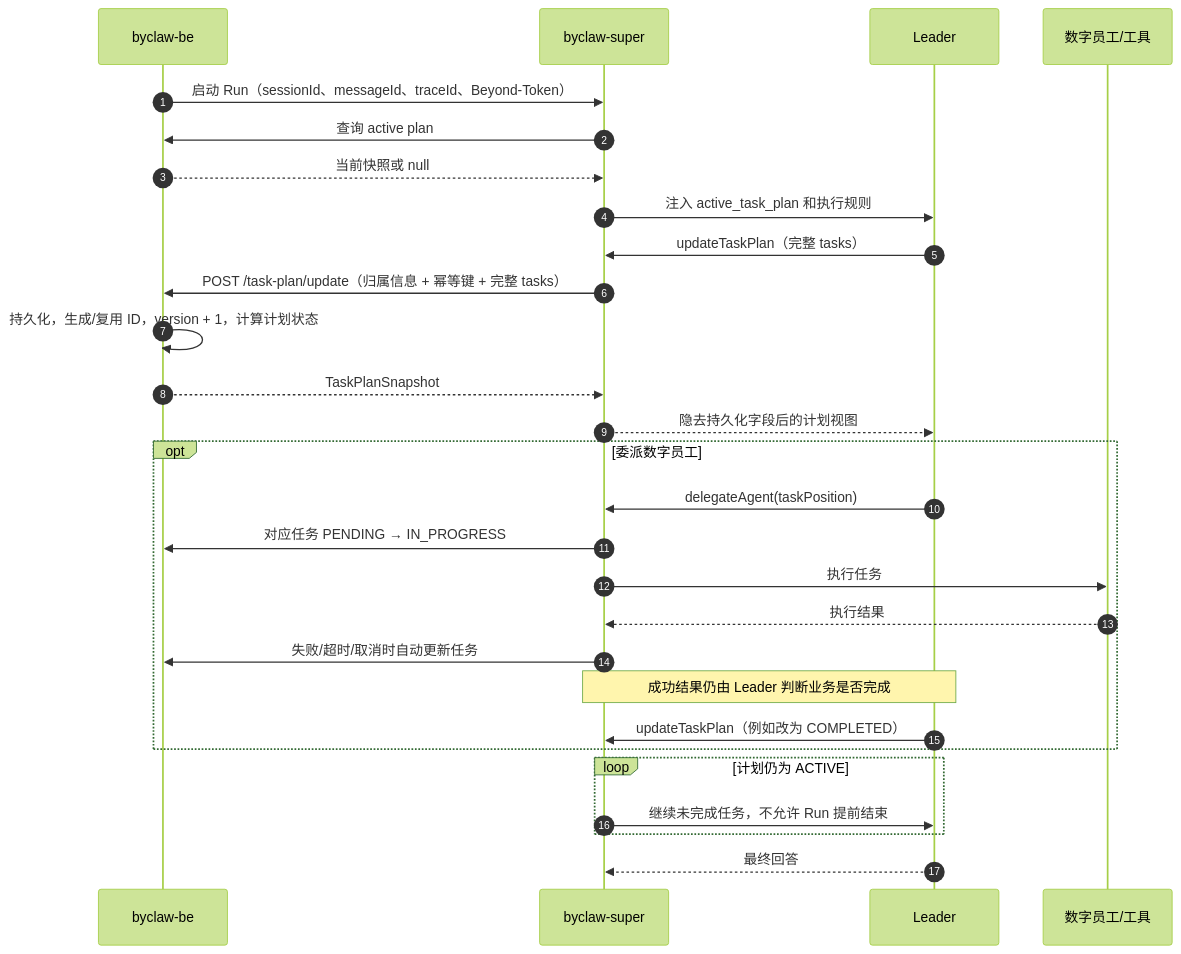
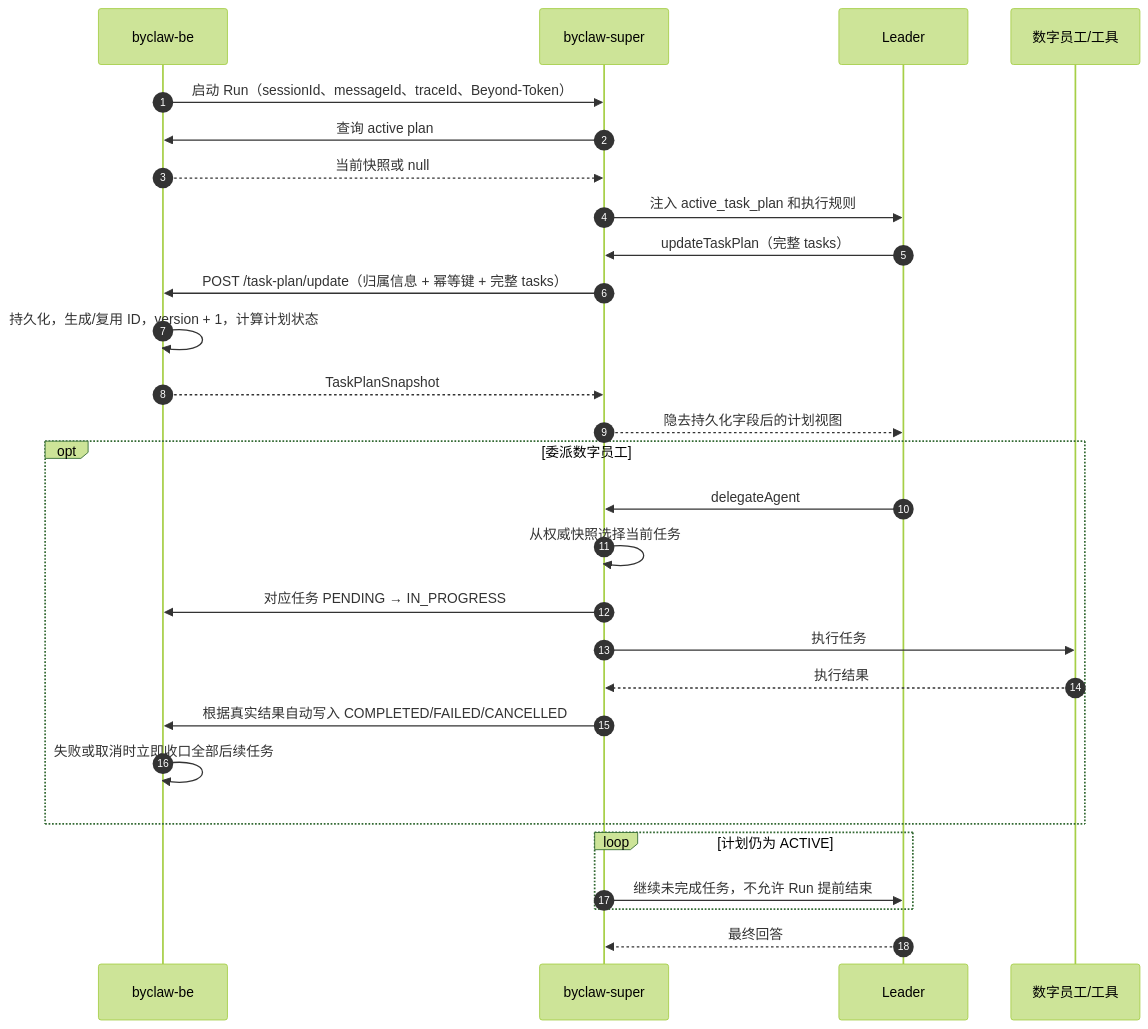
The first of 4 diagrams in byclaw-super/docs/update-task-plan-mechanism-summary.md (beyonai/ByClaw), drawn with Mermaid (forest theme) before and after one commit. The commit also changed other lines of this file and 13 other files, not shown here.

Commit message:
fix(task-plan): enforce fail-fast task transitions

````diff
--- a/byclaw-super/docs/update-task-plan-mechanism-summary.md
+++ b/byclaw-super/docs/update-task-plan-mechanism-summary.md
@@ -100,35 +101,35 @@
 ```mermaid
 sequenceDiagram
     autonumber
     participant BE as byclaw-be
     participant SUPER as byclaw-super
     participant L as Leader
     participant W as 数字员工/工具
 
     BE->>SUPER: 启动 Run（sessionId、messageId、traceId、Beyond-Token）
     SUPER->>BE: 查询 active plan
     BE-->>SUPER: 当前快照或 null
     SUPER->>L: 注入 active_task_plan 和执行规则
 
     L->>SUPER: updateTaskPlan（完整 tasks）
     SUPER->>BE: POST /task-plan/update（归属信息 + 幂等键 + 完整 tasks）
     BE->>BE: 持久化，生成/复用 ID，version + 1，计算计划状态
     BE-->>SUPER: TaskPlanSnapshot
     SUPER-->>L: 隐去持久化字段后的计划视图
 
     opt 委派数字员工
-        L->>SUPER: delegateAgent(taskPosition)
+        L->>SUPER: delegateAgent
+        SUPER->>SUPER: 从权威快照选择当前任务
         SUPER->>BE: 对应任务 PENDING → IN_PROGRESS
         SUPER->>W: 执行任务
         W-->>SUPER: 执行结果
-        SUPER->>BE: 失败/超时/取消时自动更新任务
-        Note over L,SUPER: 成功结果仍由 Leader 判断业务是否完成
-        L->>SUPER: updateTaskPlan（例如改为 COMPLETED）
+        SUPER->>BE: 根据真实结果自动写入 COMPLETED/FAILED/CANCELLED
+        BE->>BE: 失败或取消时立即收口全部后续任务
     end
 
     loop 计划仍为 ACTIVE
         SUPER->>L: 继续未完成任务，不允许 Run 提前结束
     end
 
     L-->>SUPER: 最终回答
 ```
````
